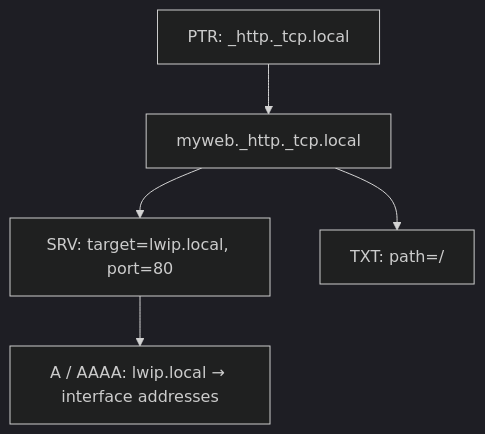
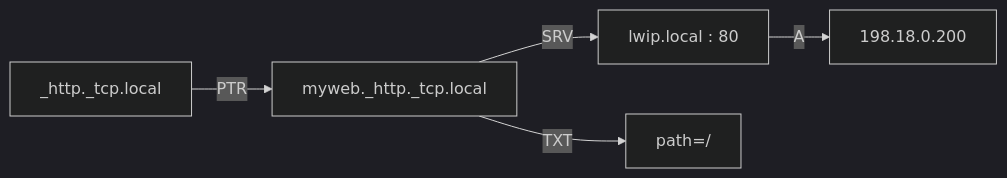
The fourth of 6 diagrams in docs/24-mdns-dns-sd.md (wdfk-prog/lwIP-Source-Lab), drawn with Mermaid (dark theme) before and after one commit. The commit also changed other lines of this file and 49 other files, not shown here.

````diff
--- a/docs/24-mdns-dns-sd.md
+++ b/docs/24-mdns-dns-sd.md
@@ -361,7 +574,7 @@
 ```mermaid
-flowchart TD
-    Q["PTR: _http._tcp.local"] --> I["myweb._http._tcp.local"]
-    I --> S["SRV: target=lwip.local, port=80"]
-    I --> T["TXT: path=/"]
-    S --> A["A / AAAA: lwip.local → interface addresses"]
+flowchart LR
+    A["_http._tcp.local"] -->|"PTR"| B["myweb._http._tcp.local"]
+    B -->|"SRV"| C["lwip.local : 80"]
+    B -->|"TXT"| D["path=/"]
+    C -->|"A"| E["198.18.0.200"]
 ```
````
